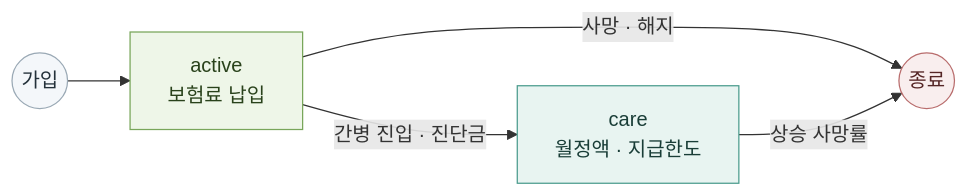
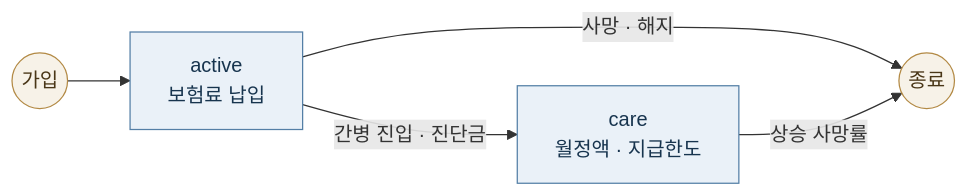
Before and after one commit to seokhoonj/fastcashflow: the diagram in docs/cookbook/semi-markov/long-term-care.md, drawn with Mermaid. The commit also changed 14 other files, not shown here.

First line of the commit message:
docs: unify every diagram to one flowchart style and fix the brief/figure layout

````diff
--- a/docs/cookbook/semi-markov/long-term-care.md
+++ b/docs/cookbook/semi-markov/long-term-care.md
@@ -67,16 +67,11 @@
 ```{mermaid}
 flowchart LR
-    START((가입)) --> ACTIVE["active<br/>보험료 납입"]
+    START(("가입")) --> ACTIVE["active<br/>보험료 납입"]
     ACTIVE -->|"간병 진입 · 진단금"| CARE["care<br/>월정액 · 지급한도"]
-    ACTIVE -->|"사망 · 해지"| EXIT((종료))
+    ACTIVE -->|"사망 · 해지"| EXIT(("종료"))
     CARE -->|"상승 사망률"| EXIT
-
-    classDef start fill:#f4f7fa,stroke:#9aa9b5,color:#24313a
-    classDef active fill:#eef6e8,stroke:#78a65a,color:#29421b
-    classDef care fill:#e8f4f1,stroke:#4b9b8d,color:#193d37
-    classDef exit fill:#f9eeee,stroke:#b96d6d,color:#552626
-    class START start
-    class ACTIVE active
-    class CARE care
-    class EXIT exit
+    classDef stock fill:#eaf1f8,stroke:#547fa6,color:#17344e
+    classDef step fill:#f7f2e8,stroke:#b38a45,color:#493617
+    class ACTIVE,CARE stock
+    class START,EXIT step
 ```
````
